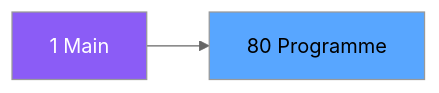
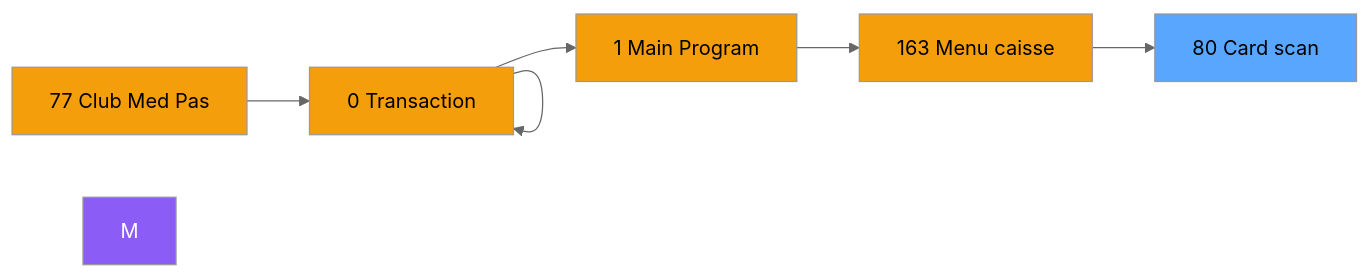
Before and after one commit to thonyAGP/magic-migration: the second of 3 diagrams in .openspec/specs/ADH-IDE-80.md, drawn with Mermaid (neutral theme). The commit also changed other lines of this file and 323 other files, not shown here.

````diff
--- a/.openspec/specs/ADH-IDE-80.md
+++ b/.openspec/specs/ADH-IDE-80.md
@@ -99,8 +120,21 @@
 ```mermaid
 graph LR
-    M[1 Main]
-    T[80 Programme]
-    M --> T
+    N77[77 Club Med Pas]
+    N0[0 Transaction ]
+    N0[0 Transaction ]
+    N1[1 Main Program]
+    N163[163 Menu caisse ]
+    T[80    Card scan]
+    N77 --> N0
+    N0 --> N0
+    N0 --> N1
+    N1 --> N163
+    N163 --> T
     style M fill:#8b5cf6,color:#fff
+    style N77 fill:#f59e0b
+    style N0 fill:#f59e0b
+    style N0 fill:#f59e0b
+    style N1 fill:#f59e0b
+    style N163 fill:#f59e0b
     style T fill:#58a6ff,color:#000
 ```
````
